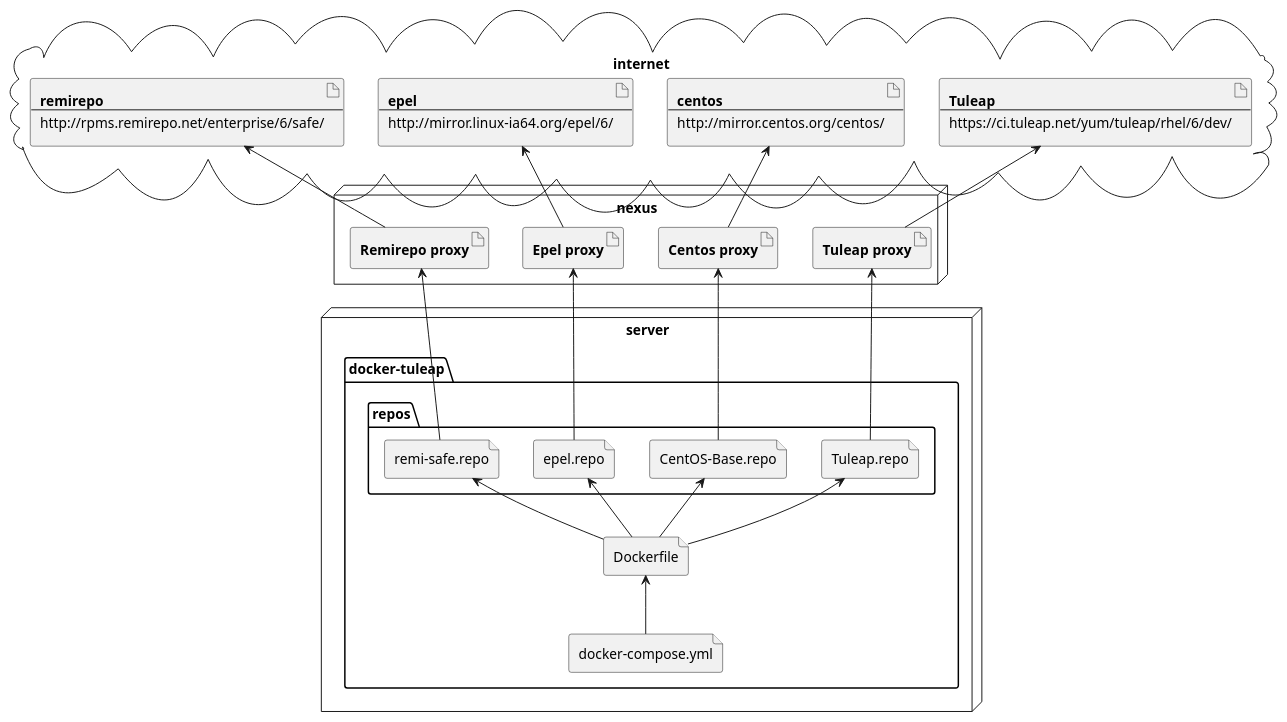
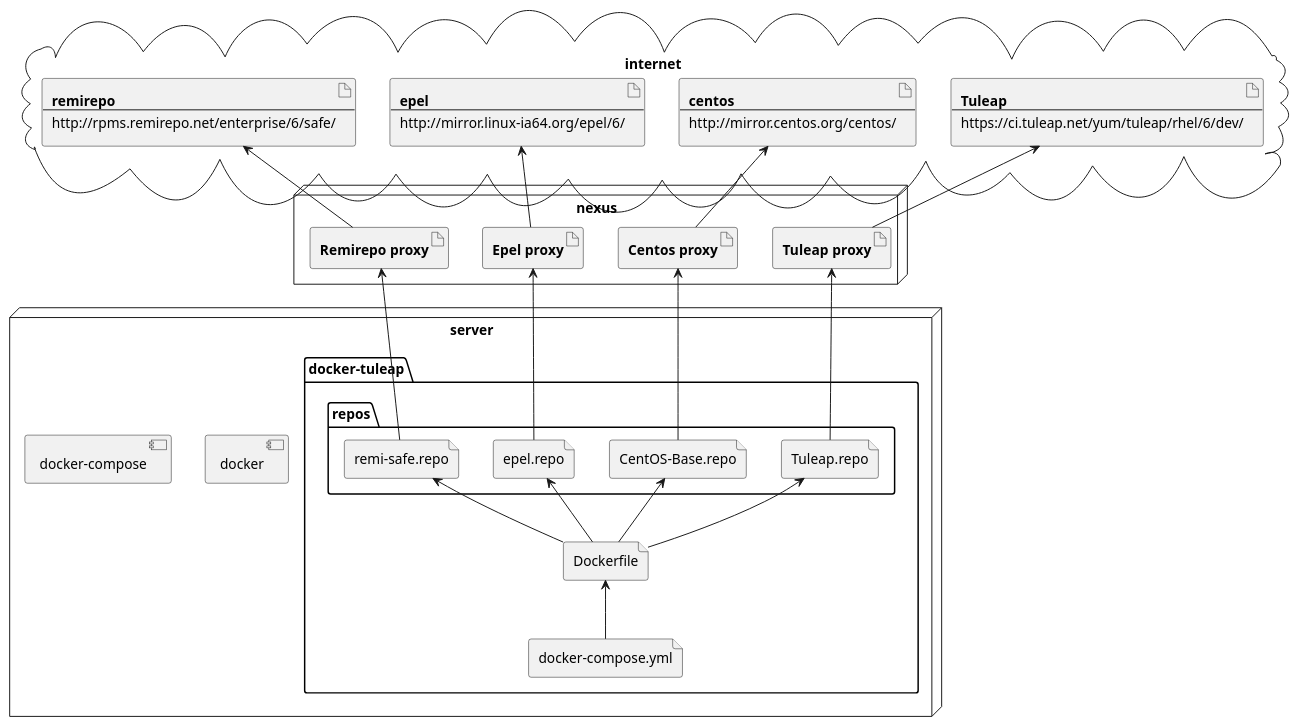
The diagram in scheme/tuleap.puml (lterekhov/TuleapCloseNetwork), drawn with PlantUML before and after one commit. The commit also changed 1 other file, not shown here.

Commit message:
диаграмма развертывания обновлена

```diff
--- a/scheme/tuleap.puml
+++ b/scheme/tuleap.puml
@@ -1,97 +1,103 @@
 @startuml tuleap_close_network
 
 cloud internet {
     artifact Tuleap [
     <b>Tuleap</b>
     ---
     https://ci.tuleap.net/yum/tuleap/rhel/6/dev/
     ]
 
     artifact Centos [
     <b>centos</b>
     ---
     http://mirror.centos.org/centos/
     ]
 
 
     artifact Epel [
     <b>epel</b>
     ---
     http://mirror.linux-ia64.org/epel/6/
     ]
 
 
     artifact Remirepo [
     <b>remirepo</b>
     ---
     http://rpms.remirepo.net/enterprise/6/safe/
     ]
 }
 
 node nexus {
     artifact proxyTuleap [
     <b>Tuleap proxy</b>
     ]
 
     artifact proxyCentos [
     <b>Centos proxy</b>
     ]
 
     artifact proxyEpel [
     <b>Epel proxy</b>
     ]
 
     artifact proxyRemirepo [
     <b>Remirepo proxy</b>
     ]
 }
 
 node server {
+    component docker [
+        docker
+    ]
+    component dockercompose [
+        docker-compose
+    ]
     folder docker-tuleap {
         file Dockerfile 
-        file dockercompose [
+        file dockercomposeyml [
             docker-compose.yml
         ]
         folder repos {
             file epelrepo [
                 epel.repo
             ]
             file remisafe [
                 remi-safe.repo
             ]
             file CentOSBaserepo [
                 CentOS-Base.repo
             ]
             file Tuleaprepo [
                 Tuleap.repo
             ]
         }
 
         epelrepo <-- Dockerfile
         remisafe <-- Dockerfile
         CentOSBaserepo <-- Dockerfile
         Tuleaprepo <-- Dockerfile
 
-        Dockerfile <-- dockercompose
+        Dockerfile <-- dockercomposeyml
     }
 }
 
 Tuleap <-- proxyTuleap
 Centos <-- proxyCentos
 Epel <-- proxyEpel
 Remirepo <-- proxyRemirepo
 
 proxyEpel <-- epelrepo
 proxyRemirepo <-- remisafe
 proxyCentos <-- CentOSBaserepo
 proxyTuleap <-- Tuleaprepo
 
 
 
 
 
 
 
 
 
 @enduml
```
